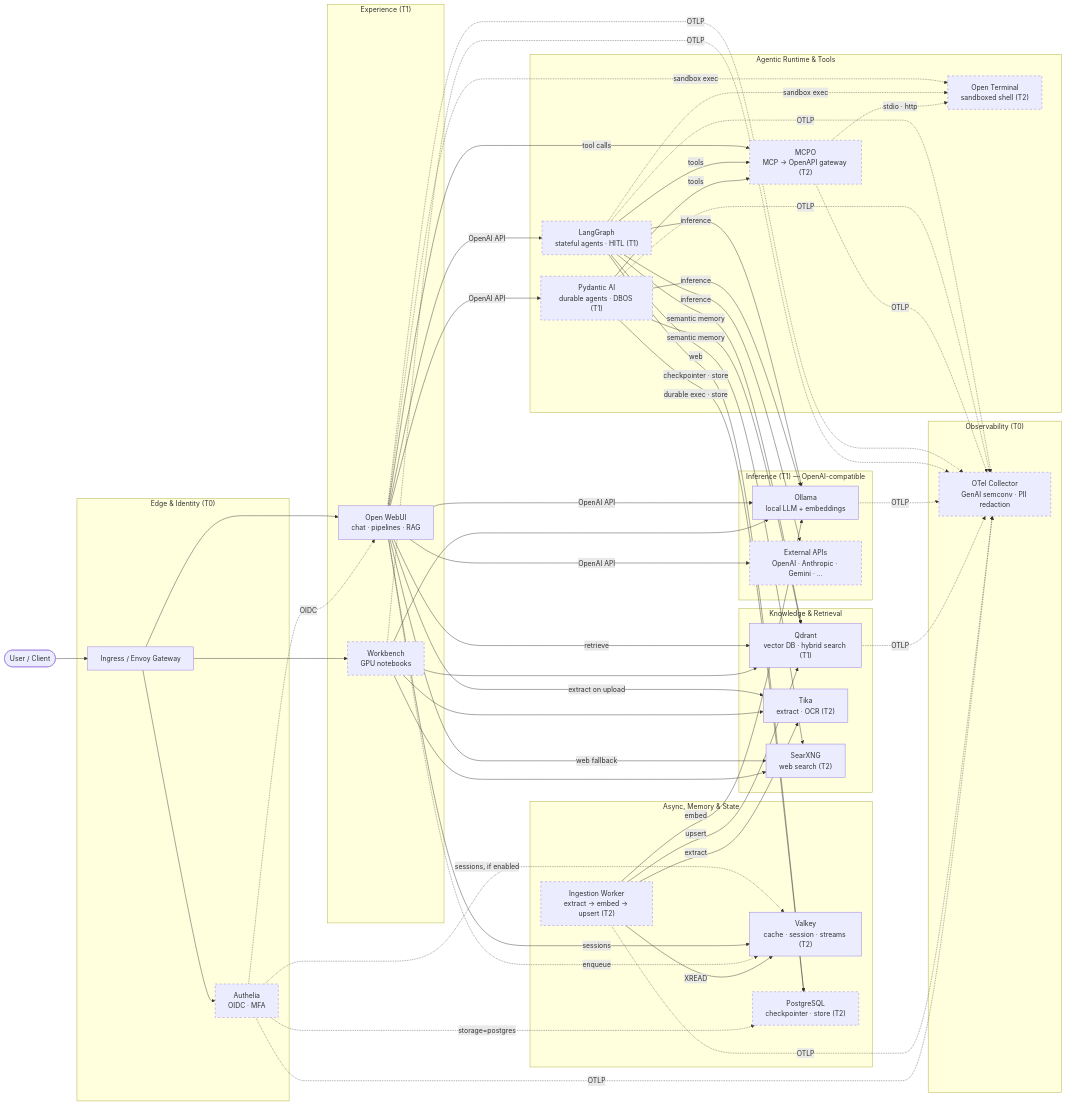
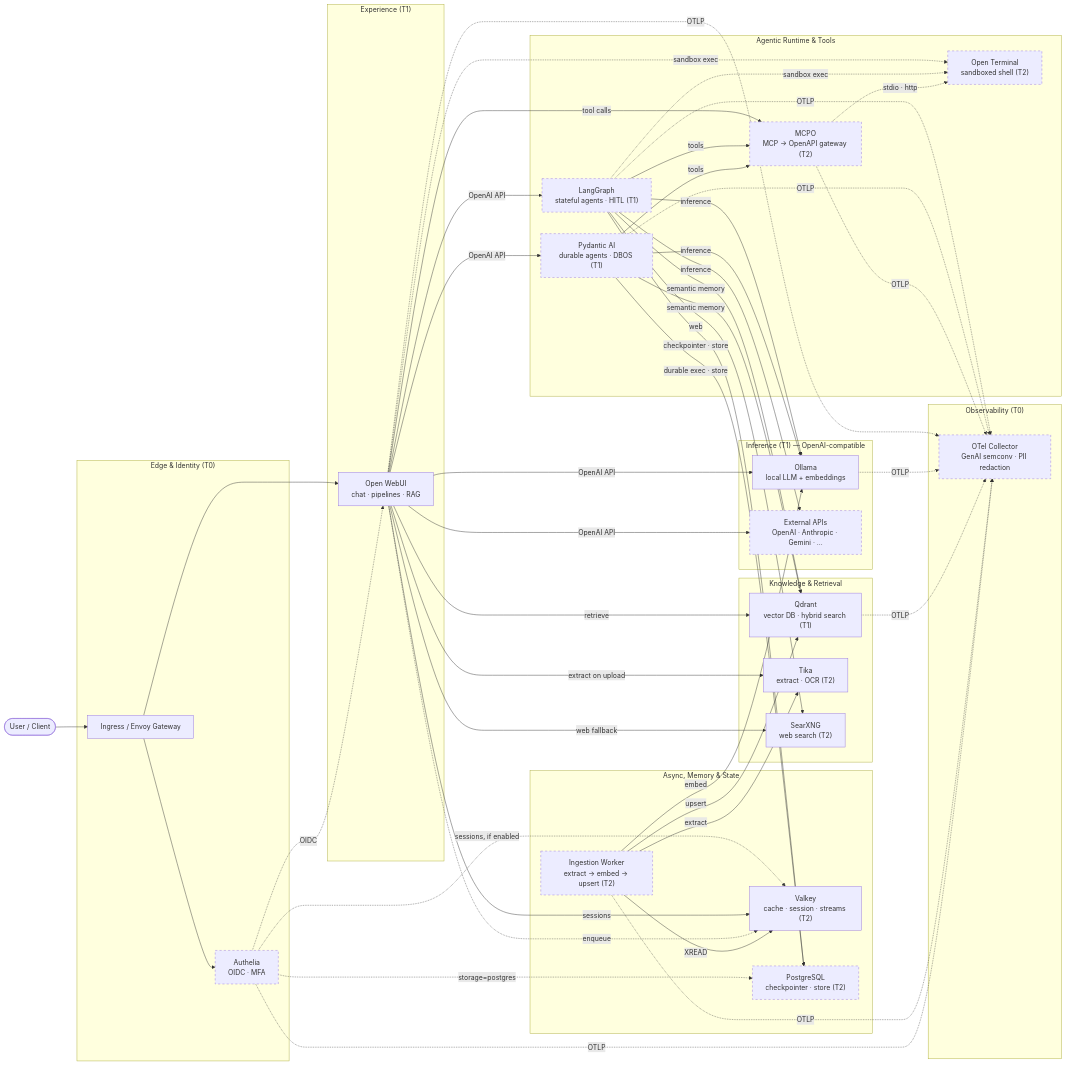
Before and after one commit to rmednitzer/ai-stack: the diagram in README.md, drawn with Mermaid. The commit also changed other lines of this file and 39 other files, not shown here.

````diff
--- a/README.md
+++ b/README.md
@@ -53,7 +53,6 @@
 
   subgraph Experience["Experience (T1)"]
     OpenWebUI["Open WebUI<br/>chat · pipelines · RAG"]
-    Workbench["Workbench<br/>GPU notebooks"]
   end
 
   subgraph Inference["Inference (T1) — OpenAI-compatible"]
@@ -87,7 +86,6 @@
   Client --> Ingress
   Ingress --> Authelia
   Ingress --> OpenWebUI
-  Ingress --> Workbench
   Authelia -.->|OIDC| OpenWebUI
   Authelia -.->|sessions, if enabled| Valkey
   Authelia -.->|storage=postgres| Postgres
@@ -103,11 +101,6 @@
   OpenWebUI -->|tool calls| MCPO
   OpenWebUI -->|sessions| Valkey
   OpenWebUI -.->|sandbox exec| OpenTerminal
-
-  Workbench --> Ollama
-  Workbench --> Qdrant
-  Workbench --> Tika
-  Workbench --> SearXNG
 
   %% Agentic path: shared tool surface, persistent memory
   LangGraph -->|inference| Ollama
@@ -136,7 +129,6 @@
 
   %% Telemetry
   OpenWebUI -.->|OTLP| OTel
-  Workbench -.->|OTLP| OTel
   LangGraph -.->|OTLP| OTel
   PydanticAI -.->|OTLP| OTel
   MCPO -.->|OTLP| OTel
@@ -146,5 +138,5 @@
   Authelia -.->|OTLP| OTel
 
   classDef optIn stroke-dasharray: 5 5
-  class Authelia,Workbench,LangGraph,PydanticAI,MCPO,OpenTerminal,IngestionWorker,Postgres,ExternalAPIs,OTel optIn
+  class Authelia,LangGraph,PydanticAI,MCPO,OpenTerminal,IngestionWorker,Postgres,ExternalAPIs,OTel optIn
 ```
````
